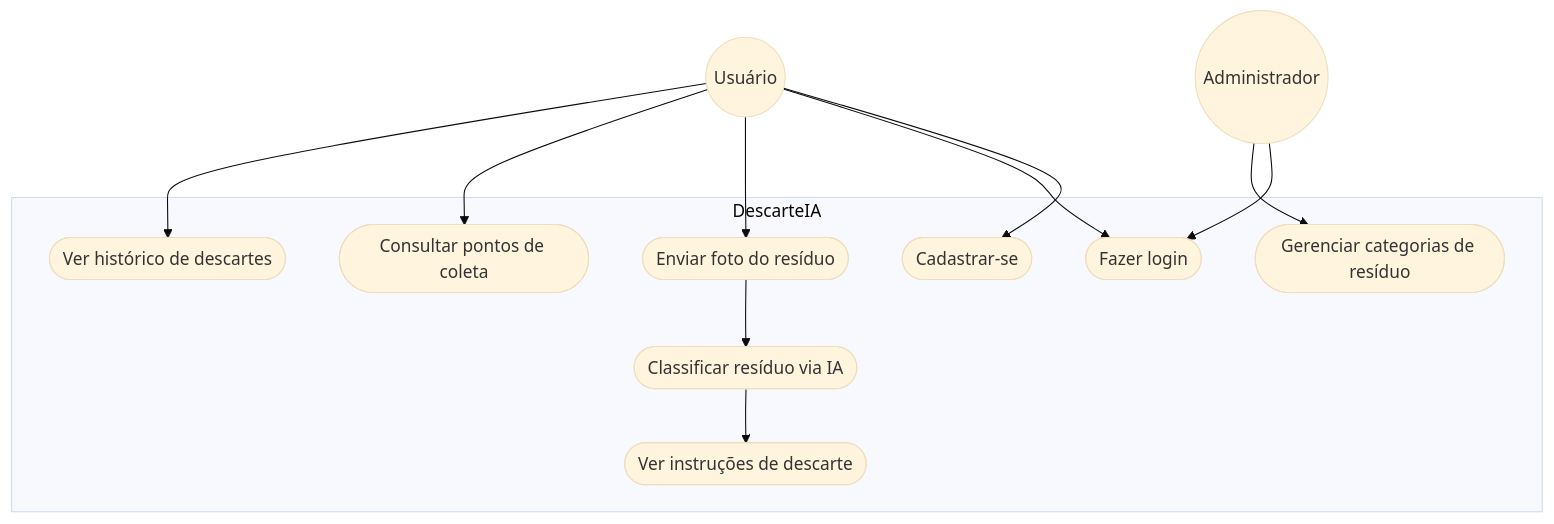
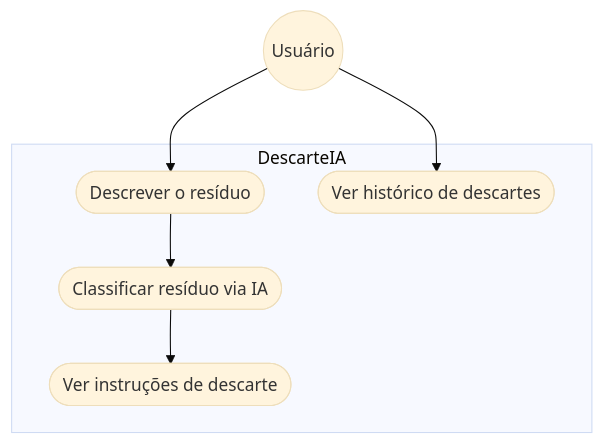
One commit to gabrielroliveira98-cell/App-DescarteIA changed the diagram in docs/diagrama-casos-de-uso.md. Above: the diagram before and after it, drawn with Mermaid (base theme). The commit also changed other lines of this file and 5 other files, not shown here.

````diff
--- a/docs/diagrama-casos-de-uso.md
+++ b/docs/diagrama-casos-de-uso.md
@@ -3,27 +3,16 @@
 ```mermaid
 flowchart TB
     Usuario((Usuário))
-    Admin((Administrador))
 
     subgraph Sistema["DescarteIA"]
-        UC1([Cadastrar-se])
-        UC2([Fazer login])
-        UC3([Enviar foto do resíduo])
-        UC4([Classificar resíduo via IA])
-        UC5([Ver instruções de descarte])
-        UC6([Consultar pontos de coleta])
-        UC7([Ver histórico de descartes])
-        UC8([Gerenciar categorias de resíduo])
+        UC1([Descrever o resíduo])
+        UC2([Classificar resíduo via IA])
+        UC3([Ver instruções de descarte])
+        UC4([Ver histórico de descartes])
     end
 
     Usuario --> UC1
-    Usuario --> UC2
-    Usuario --> UC3
-    UC3 --> UC4
-    UC4 --> UC5
-    Usuario --> UC6
-    Usuario --> UC7
-
-    Admin --> UC2
-    Admin --> UC8
+    UC1 --> UC2
+    UC2 --> UC3
+    Usuario --> UC4
 ```
````
